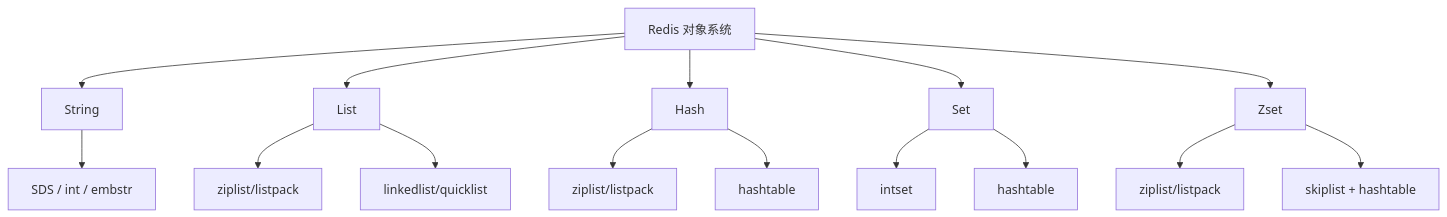
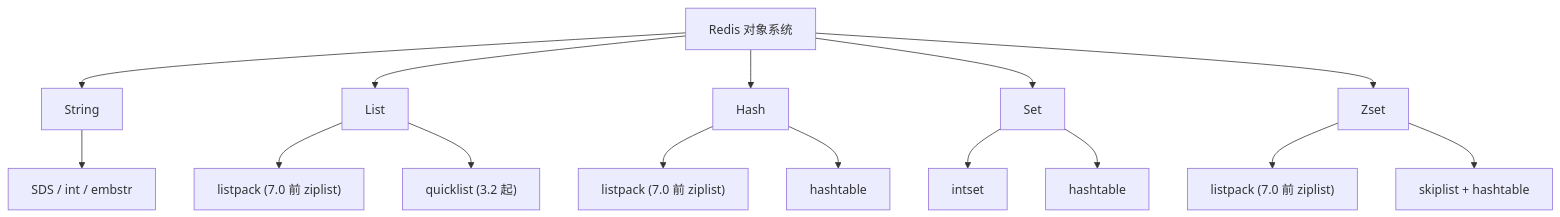
One commit to dunwu/waterdrop changed the second of 8 diagrams in docs/12.数据库/KV数据库/Redis/[Redis]面试之应用篇.md. Above: the diagram before and after it, drawn with Mermaid. The commit also changed other lines of this file and 73 other files, not shown here.

````diff
--- a/docs/12.数据库/KV数据库/Redis/[Redis]面试之应用篇.md
+++ b/docs/12.数据库/KV数据库/Redis/[Redis]面试之应用篇.md
@@ -224,17 +228,17 @@
 ```mermaid
 graph TB
     A["Redis 对象系统"] --> B["String"]
     A --> C["List"]
     A --> D["Hash"]
     A --> E["Set"]
     A --> F["Zset"]
     B --> B1["SDS / int / embstr"]
-    C --> C1["ziplist/listpack"]
-    C --> C2["linkedlist/quicklist"]
-    D --> D1["ziplist/listpack"]
+    C --> C1["listpack (7.0 前 ziplist)"]
+    C --> C2["quicklist (3.2 起)"]
+    D --> D1["listpack (7.0 前 ziplist)"]
     D --> D2["hashtable"]
     E --> E1["intset"]
     E --> E2["hashtable"]
-    F --> F1["ziplist/listpack"]
+    F --> F1["listpack (7.0 前 ziplist)"]
     F --> F2["skiplist + hashtable"]
 ```
````
